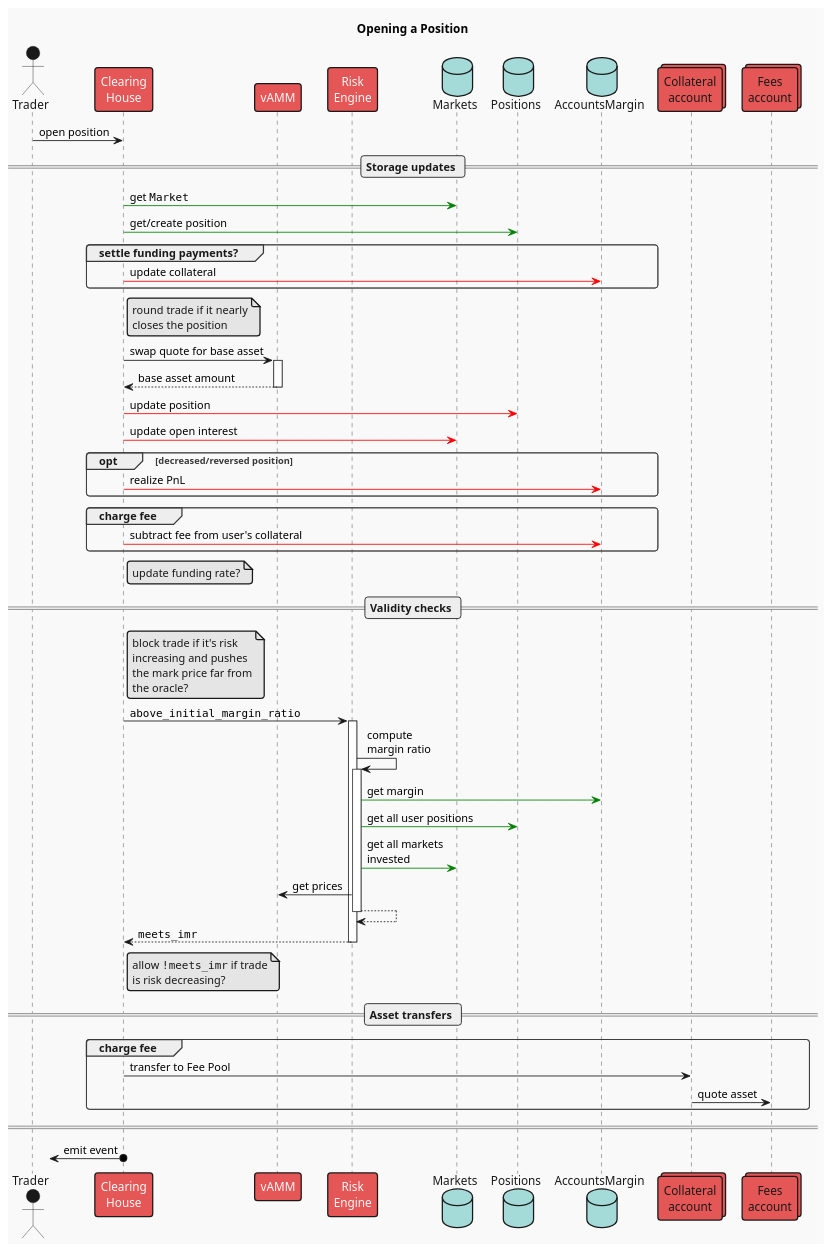
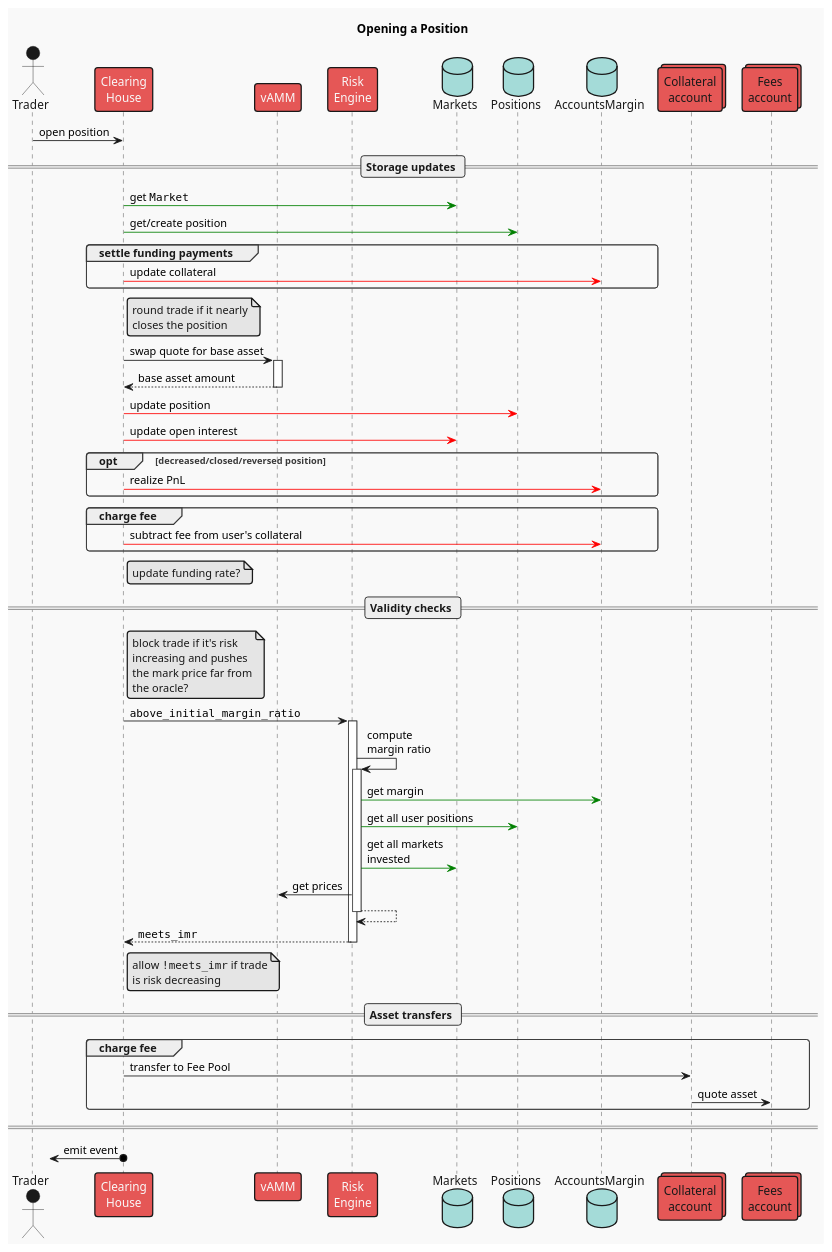
The diagram in frame/clearing-house/diagrams/open-position.plantuml (ComposableFi/composable), drawn with PlantUML before and after one commit.

Commit message:
docs(CH): update open_position seq diagram
CU-2fdg3qz[IN REVIEW]
CU-2fdg3va[IN REVIEW]

```diff
--- a/frame/clearing-house/diagrams/open-position.plantuml
+++ b/frame/clearing-house/diagrams/open-position.plantuml
@@ -1,86 +1,85 @@
 @startuml open_position
 !theme mars
 skinparam responseMessageBelowArrow true
 
 title Opening a Position
 
 actor "Trader" as user
 participant "Clearing\nHouse" as ch
 participant "vAMM" as vamm
 participant "Risk\nEngine" as risk
 database "Markets" as mkts
 database "Positions" as positions
 database "AccountsMargin" as accs
 collections "Collateral\naccount" as vault
 collections "Fees\naccount" as fees
 
 user -> ch : open position
 
 == Storage updates ==
 
 ch -[#green]> mkts : get ""Market""
 ch -[#green]> positions : get/create position
-'note right CH: compute quote asset\nnotional amount
 
-group settle funding payments?
+group settle funding payments
 ch -[#red]> accs : update collateral
 end
 
 note right ch
 round trade if it nearly
 closes the position
 end note
 ch -> vamm ++ : swap quote for base asset
 return base asset amount
 
 ch -[#red]> positions : update position
 ch -[#red]> mkts : update open interest
 
 
-opt decreased/reversed position
+opt decreased/closed/reversed position
 ch -[#red]> accs : realize PnL
 end
 
 group charge fee
 ch -[#red]> accs : subtract fee from user's collateral
 end
 
 note right ch
 update funding rate?
 end note
 
 == Validity checks ==
 
 note right ch
 block trade if it's risk
 increasing and pushes
 the mark price far from
 the oracle?
 end note
 
 'RiskEngine
 ch -> risk ++: ""above_initial_margin_ratio""
     risk -> risk ++: compute\nmargin ratio
         risk -[#green]> accs : get margin
         risk -[#green]> positions : get all user positions
         risk -[#green]> mkts : get all markets\ninvested
         risk -> vamm : get prices
     return
 return ""meets_imr""
 
 note right ch
 allow ""!meets_imr"" if trade
-is risk decreasing?
+is risk decreasing
 end note
 
 == Asset transfers ==
 
 group charge fee
 ch -> vault : transfer to Fee Pool
 vault -> fees : quote asset
 end
 
 ====
 
 ?<-o ch : emit event
 @enduml
```
